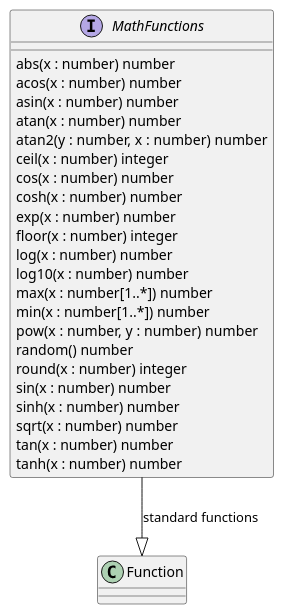
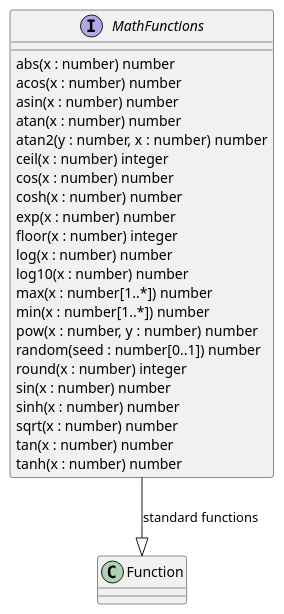
One commit to opengeospatial/cartographic-symbology changed the second of 4 diagrams in 1-core/sections/clause_15_functions.adoc. Above: the diagram before and after it, drawn with PlantUML. The commit also changed 1 other file, not shown here.

Commit message:
random(): an optional seed for reproducible values

```diff
--- a/1-core/sections/clause_15_functions.adoc
+++ b/1-core/sections/clause_15_functions.adoc
@@ -67,29 +67,29 @@
 [plantuml, target=diagram-classes, format=png]
 ....
 @startuml
 interface MathFunctions
 MathFunctions --|> Function : standard functions
 MathFunctions : abs(x : number) number
 MathFunctions : acos(x : number) number
 MathFunctions : asin(x : number) number
 MathFunctions : atan(x : number) number
 MathFunctions : atan2(y : number, x : number) number
 MathFunctions : ceil(x : number) integer
 MathFunctions : cos(x : number) number
 MathFunctions : cosh(x : number) number
 MathFunctions : exp(x : number) number
 MathFunctions : floor(x : number) integer
 MathFunctions : log(x : number) number
 MathFunctions : log10(x : number) number
 MathFunctions : max(x : number[1..*]) number
 MathFunctions : min(x : number[1..*]) number
 MathFunctions : pow(x : number, y : number) number
-MathFunctions : random() number
+MathFunctions : random(seed : number[0..1]) number
 MathFunctions : round(x : number) integer
 MathFunctions : sin(x : number) number
 MathFunctions : sinh(x : number) number
 MathFunctions : sqrt(x : number) number
 MathFunctions : tan(x : number) number
 MathFunctions : tanh(x : number) number
 @enduml
 ....
```
